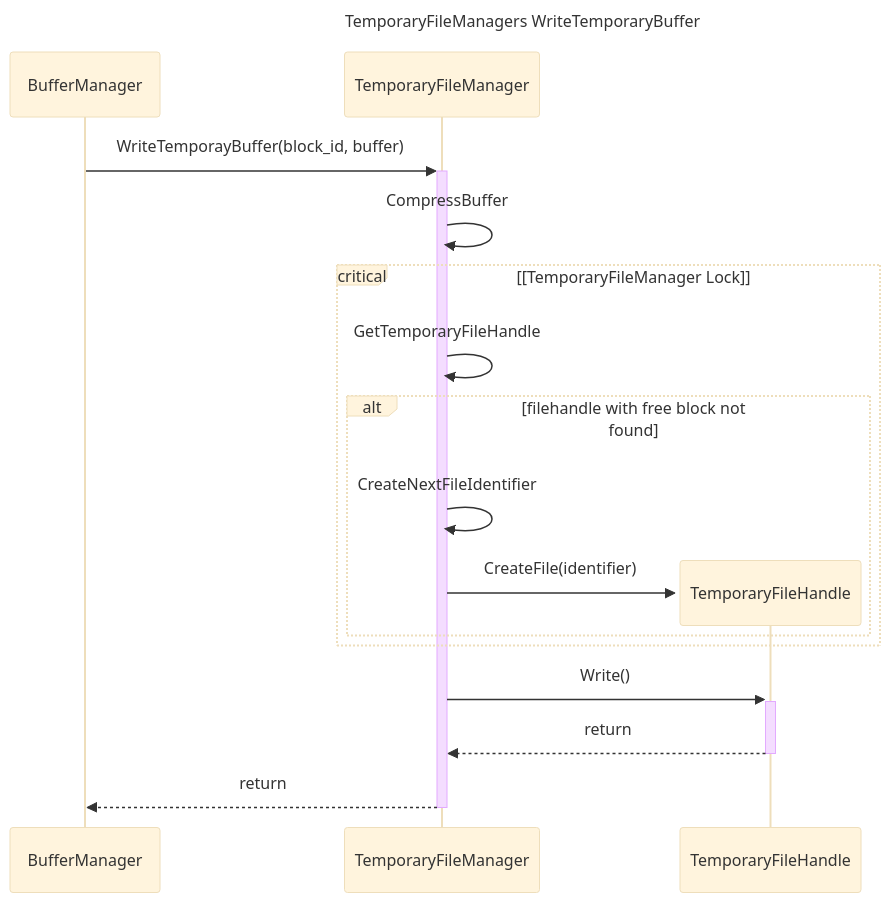
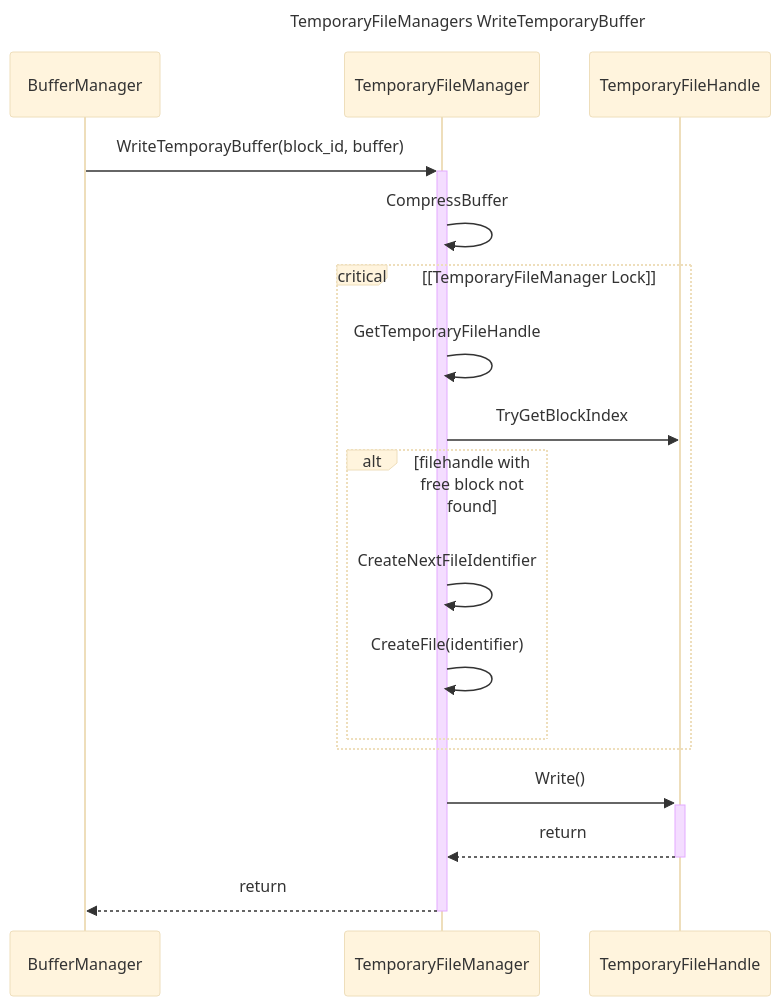
One commit to Tietgen-ITU/thesis changed the first of 2 diagrams in docs/duckdb/temporary-file-manager.md. Above: the diagram before and after it, drawn with Mermaid (base theme). The commit also changed 3 other files, not shown here.

````diff
--- a/docs/duckdb/temporary-file-manager.md
+++ b/docs/duckdb/temporary-file-manager.md
@@ -6,21 +6,21 @@
 ```mermaid
 ---
 title: TemporaryFileManagers WriteTemporaryBuffer
 ---
 sequenceDiagram
     BufferManager ->>+ TemporaryFileManager: WriteTemporayBuffer(block_id, buffer)
 
     TemporaryFileManager ->> TemporaryFileManager: CompressBuffer
     critical [TemporaryFileManager Lock]
         TemporaryFileManager ->> TemporaryFileManager: GetTemporaryFileHandle
+        TemporaryFileManager ->> TemporaryFileHandle: TryGetBlockIndex
         alt filehandle with free block not found
             TemporaryFileManager ->> TemporaryFileManager: CreateNextFileIdentifier
-            create participant TemporaryFileHandle
-            TemporaryFileManager ->> TemporaryFileHandle: CreateFile(identifier)
+            TemporaryFileManager ->> TemporaryFileManager: CreateFile(identifier)
         end
     end
 
     TemporaryFileManager ->>+ TemporaryFileHandle: Write()
     TemporaryFileHandle -->>- TemporaryFileManager: return
     TemporaryFileManager -->>- BufferManager: return
 ```
````
